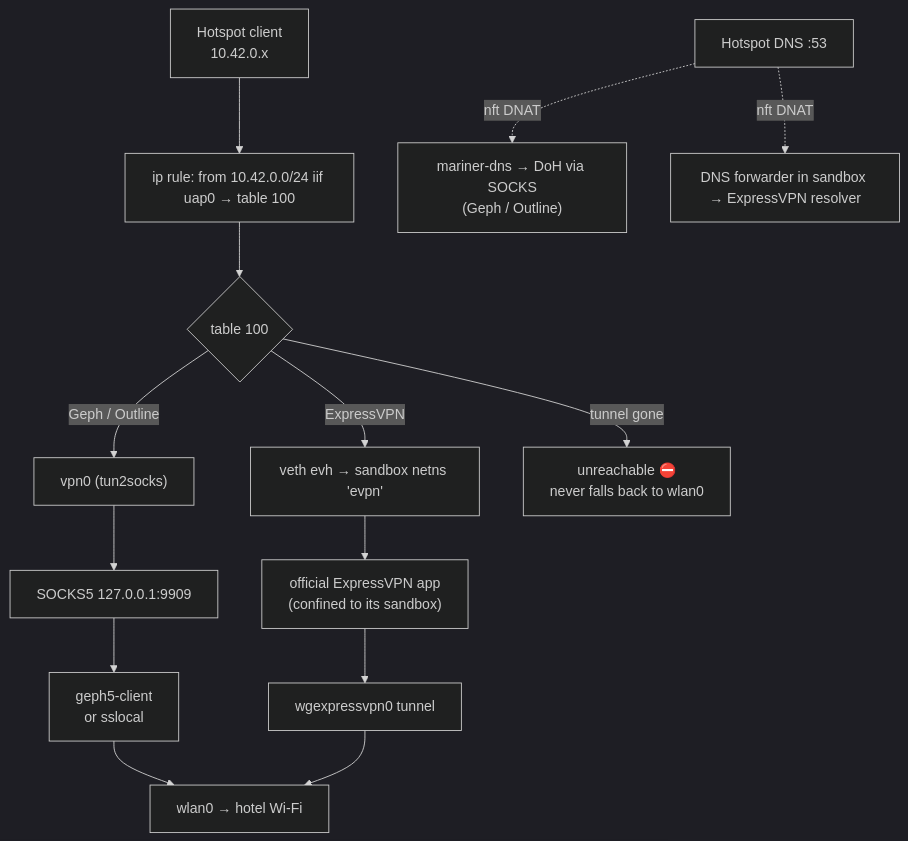
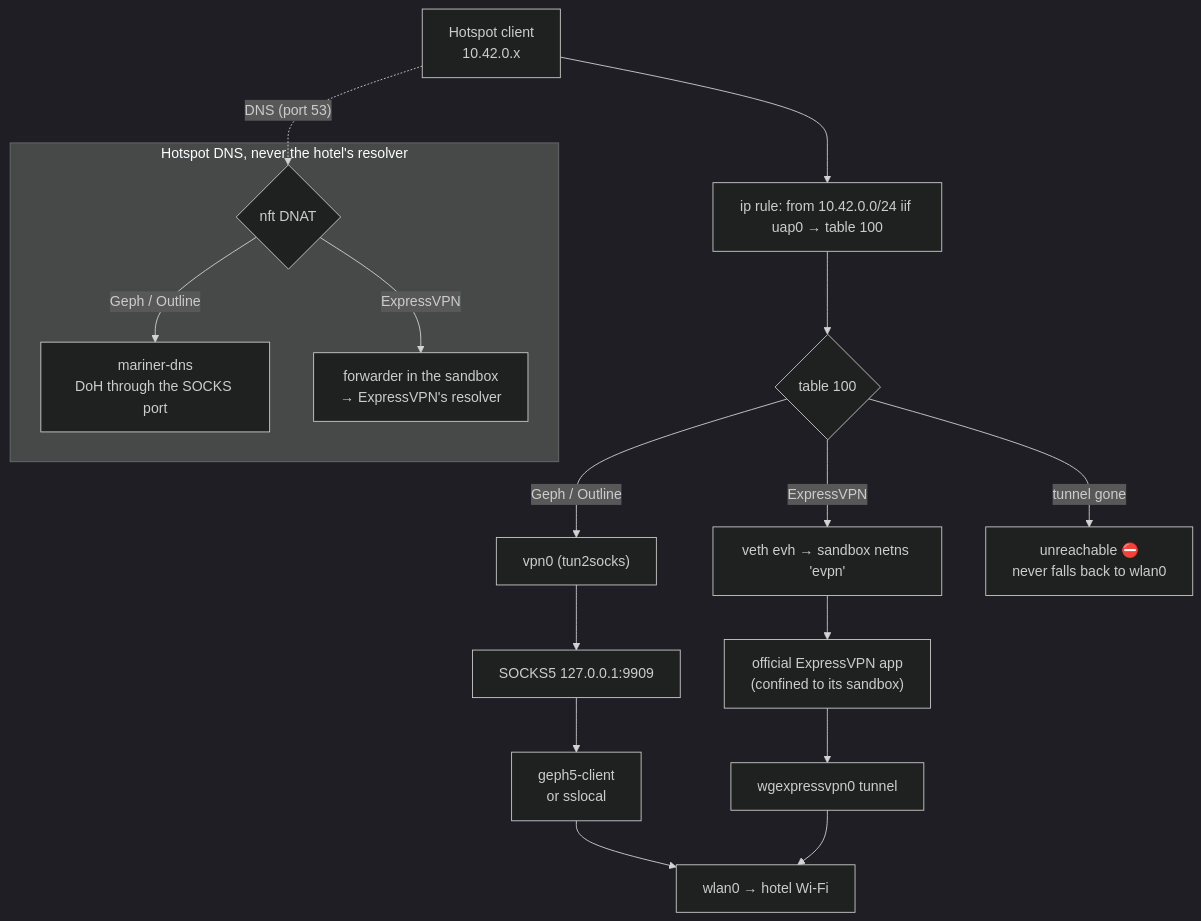
Before and after one commit to Jotspot/mariner: the second of 4 diagrams in README.md, drawn with Mermaid (dark theme). The commit also changed other lines of this file and 8 other files, not shown here.

Commit message:
README: readable diagrams (no overlapping labels, compact overview, connected DNS path)

````diff
--- a/README.md
+++ b/README.md
@@ -175,21 +171,24 @@
 ```mermaid
 flowchart TB
     C["Hotspot client<br/>10.42.0.x"] --> RULE["ip rule: from 10.42.0.0/24 iif uap0 → table 100"]
     RULE --> T100{"table 100"}
 
     T100 -->|Geph / Outline| TUN["vpn0 (tun2socks)"]
     TUN --> SOCKS["SOCKS5 127.0.0.1:9909"]
     SOCKS --> G["geph5-client<br/>or sslocal"]
 
     T100 -->|ExpressVPN| VETH["veth evh → sandbox netns 'evpn'"]
     VETH --> EV["official ExpressVPN app<br/>(confined to its sandbox)"]
     EV --> WG["wgexpressvpn0 tunnel"]
 
     T100 -->|tunnel gone| UNR["unreachable ⛔<br/>never falls back to wlan0"]
 
     G --> WLAN["wlan0 → hotel Wi-Fi"]
     WG --> WLAN
 
-    D["Hotspot DNS :53"] -. nft DNAT .-> DNS1["mariner-dns → DoH via SOCKS<br/>(Geph / Outline)"]
-    D -. nft DNAT .-> DNS2["DNS forwarder in sandbox → ExpressVPN resolver"]
+    C -. "DNS (port 53)" .-> DNAT{"nft DNAT"}
+    subgraph dns["Hotspot DNS, never the hotel's resolver"]
+        DNAT -->|Geph / Outline| DNS1["mariner-dns<br/>DoH through the SOCKS port"]
+        DNAT -->|ExpressVPN| DNS2["forwarder in the sandbox<br/>→ ExpressVPN's resolver"]
+    end
 ```
````
